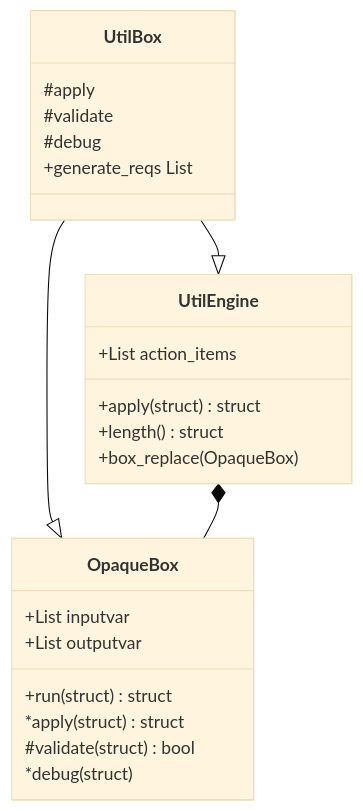
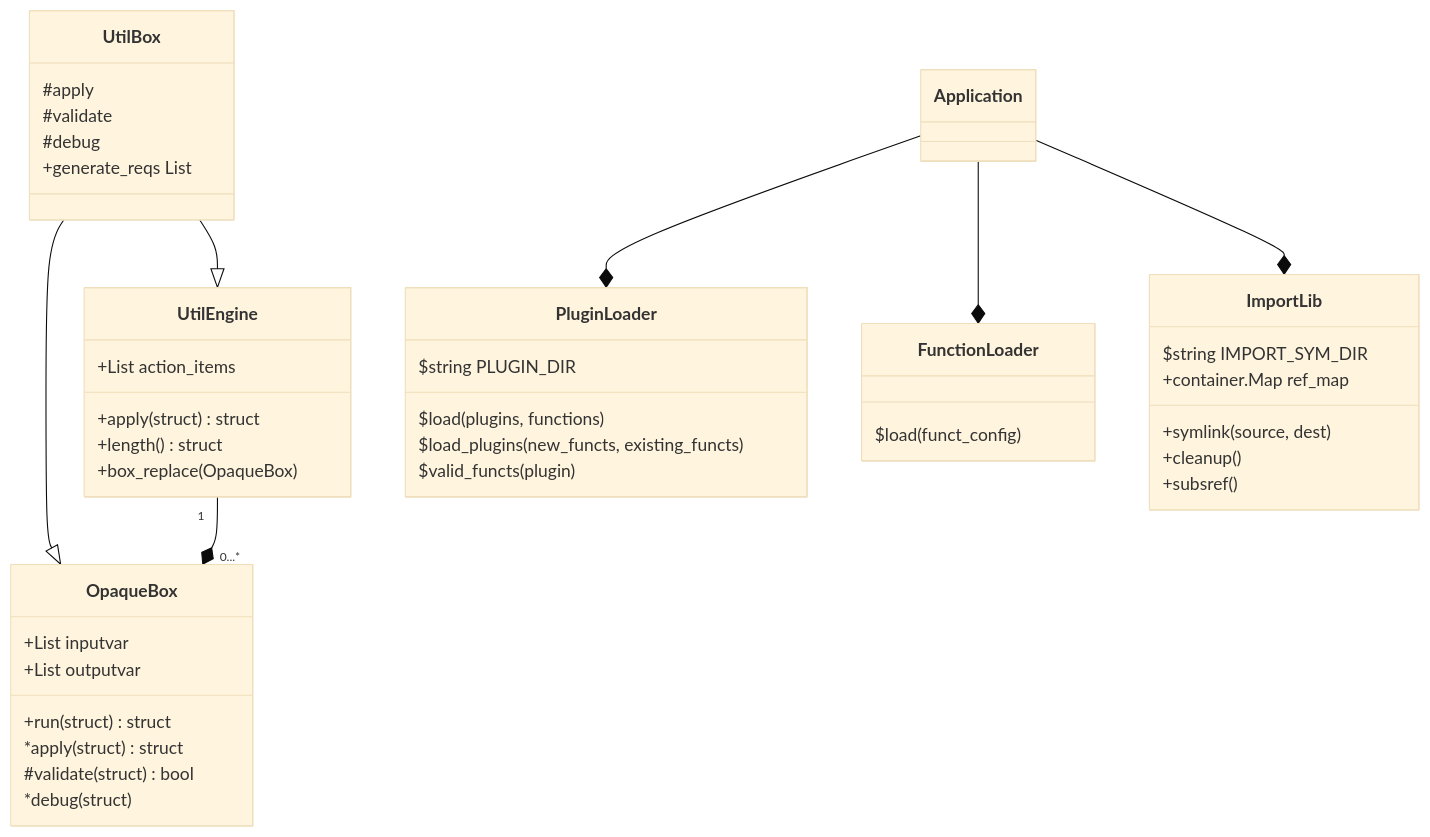
Before and after one commit to AngeloJZhang/MatlabPluginPattern: the diagram in README.md, drawn with Mermaid (base theme). The commit also changed other lines of this file, not shown here.

````diff
--- a/README.md
+++ b/README.md
@@ -27,26 +71,51 @@
 ```mermaid 
 classDiagram
 	class OpaqueBox{
 	+List<string> inputvar
 	+List<string> outputvar
 	+run(struct) struct
 	*apply(struct) struct
 	#validate(struct) bool
 	*debug(struct)
 	}
 	class UtilEngine{
 	+List<OpaqueBox> action_items
 	+apply(struct) struct
 	+length() struct
 	+box_replace(OpaqueBox) 
 	}
 	class UtilBox{
 	#apply
 	#validate
 	#debug
 	+generate_reqs List
 	}
 	UtilBox --|> OpaqueBox
 	UtilBox --|> UtilEngine
-	UtilEngine *-- OpaqueBox
+	UtilEngine "1" --* "0...*" OpaqueBox
+
+	class Application{
+	
+	}
+	class PluginLoader{
+	$string PLUGIN_DIR
+	$load(plugins, functions)
+	$load_plugins(new_functs, existing_functs)
+	$valid_functs(plugin)
+	}
+	class FunctionLoader{
+	$load(funct_config)
+	}
+	class ImportLib{
+	$string IMPORT_SYM_DIR
+	+container.Map ref_map
+	+symlink(source, dest)
+	+cleanup()
+	+subsref()
+	}
+
+	Application --* PluginLoader
+	Application --* FunctionLoader
+	Application --* ImportLib
+	
 ```
````
